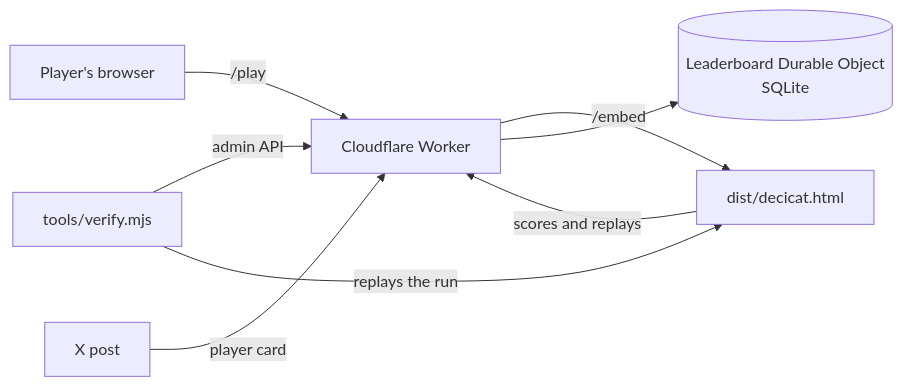
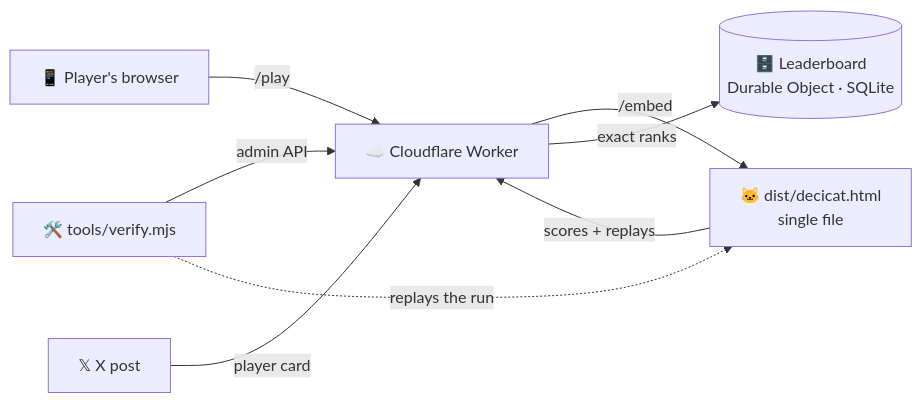
Before and after one commit to angel-andre/decicat: the diagram in README.md, drawn with Mermaid. The commit also changed other lines of this file and 3 other files, not shown here.

Commit message:
README: architecture diagram as a rendered image (Mermaid source kept below)

````diff
--- a/README.md
+++ b/README.md
@@ -181,10 +186,12 @@
 ```mermaid
+%% title: ARCHITECTURE
+%% subtitle: One Cloudflare Worker serves the game, the X player card and the leaderboard API
 flowchart LR
-  P[Player's browser] -->|/play| W[Cloudflare Worker]
-  X[X post] -->|player card| W
-  W -->|/embed| G[dist/decicat.html]
-  G -->|scores and replays| W
-  W --> DO[(Leaderboard Durable Object<br/>SQLite)]
-  V[tools/verify.mjs] -->|admin API| W
-  V -->|replays the run| G
+  P["📱 Player's browser"] -->|"/play"| W["☁️ Cloudflare Worker"]:::accent
+  X["𝕏 X post"] -->|"player card"| W
+  W -->|"/embed"| G["🐱 dist/decicat.html<br/>single file"]
+  G -->|"scores + replays"| W
+  W -->|"exact ranks"| DO[("🗄️ Leaderboard<br/>Durable Object · SQLite")]:::store
+  V["🛠️ tools/verify.mjs"] -->|"admin API"| W
+  V -.->|"replays the run"| G
 ```
````
